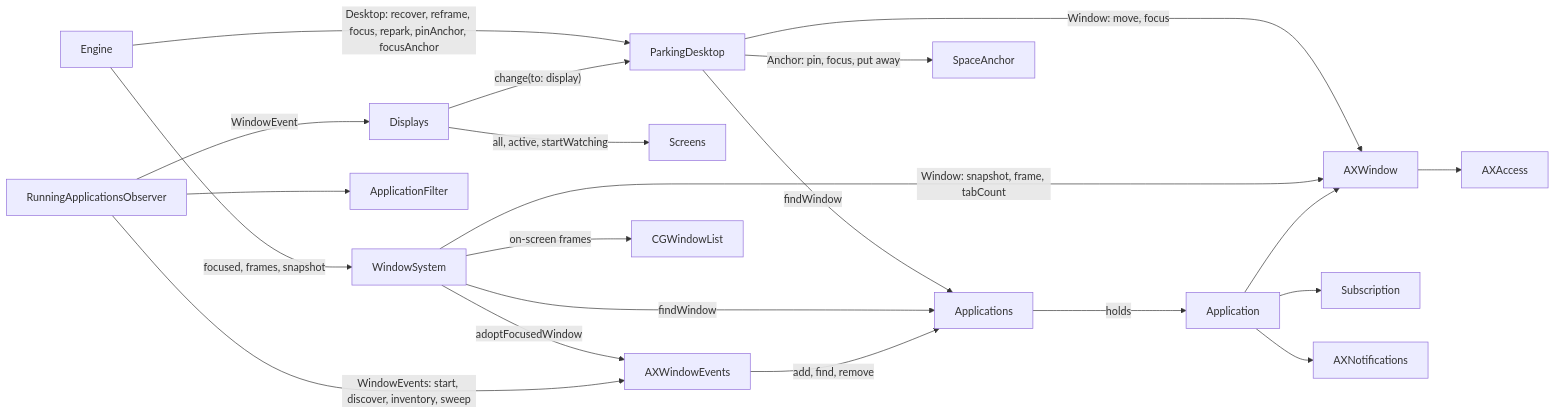
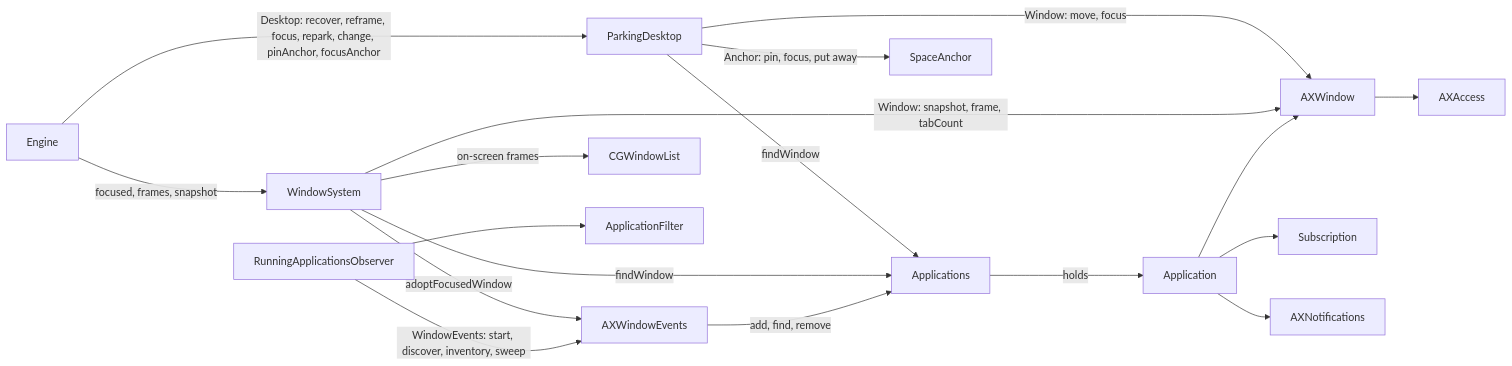
Before and after one commit to brennovich/ottowm: the seventh of 25 diagrams in ARCHITECTURE.md, drawn with Mermaid. The commit also changed other lines of this file, not shown here.

````diff
--- a/ARCHITECTURE.md
+++ b/ARCHITECTURE.md
@@ -138,24 +131,21 @@
 ```mermaid
 flowchart LR
-    Engine -->|"Desktop: recover, reframe, focus, repark, pinAnchor, focusAnchor"| ParkingDesktop
+    Engine -->|"Desktop: recover, reframe, focus, repark, change, pinAnchor, focusAnchor"| ParkingDesktop
     Engine -->|focused, frames, snapshot| WindowSystem
-    RunningApplicationsObserver -->|WindowEvent| Displays
-    Displays -->|"change(to: display)"| ParkingDesktop
-    Displays -->|"all, active, startWatching"| Screens
 
     ParkingDesktop -->|findWindow| Applications
     ParkingDesktop -->|"Window: move, focus"| AXWindow
     ParkingDesktop -->|"Anchor: pin, focus, put away"| SpaceAnchor
 
     WindowSystem -->|adoptFocusedWindow| AXWindowEvents
     WindowSystem -->|on-screen frames| CGWindowList
     WindowSystem -->|findWindow| Applications
     WindowSystem -->|"Window: snapshot, frame, tabCount"| AXWindow
 
     RunningApplicationsObserver --> ApplicationFilter
     RunningApplicationsObserver -->|"WindowEvents: start, discover, inventory, sweep"| AXWindowEvents
     AXWindowEvents -->|add, find, remove| Applications
     Applications -->|holds| Application
     Application --> Subscription & AXNotifications & AXWindow
     AXWindow --> AXAccess
 ```
````
